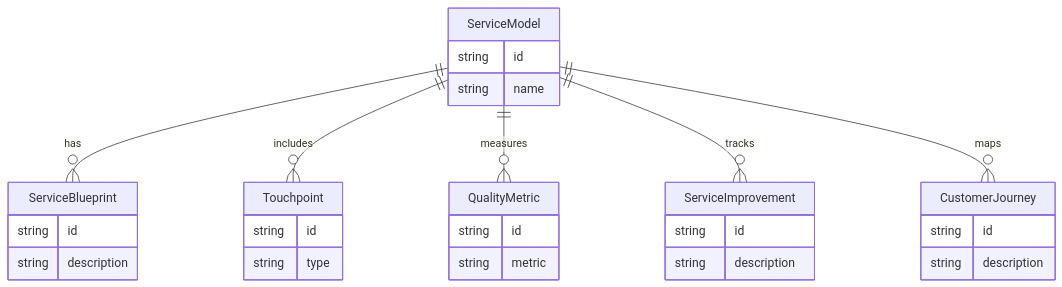
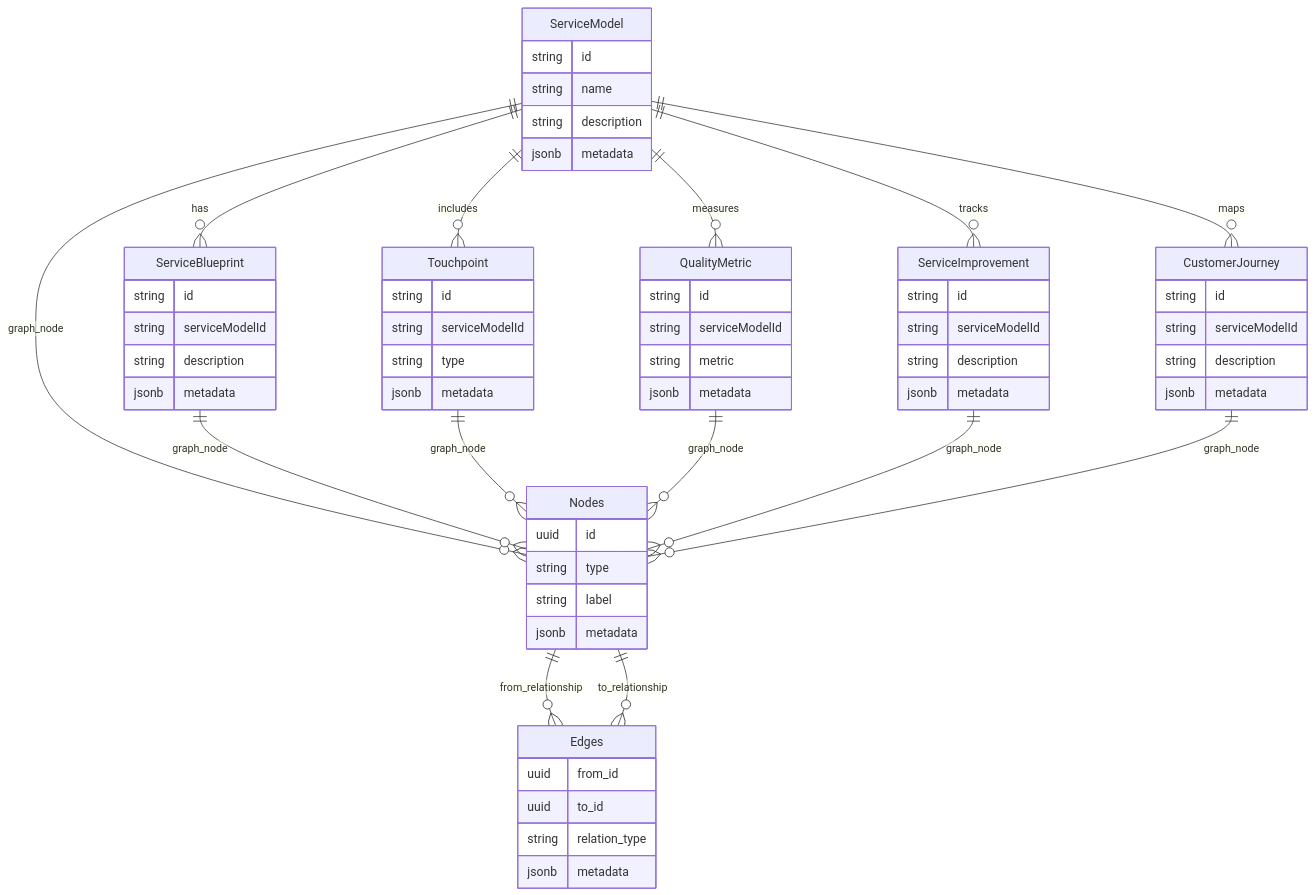
Before and after one commit to Duds/capopt_platform: the fifth of 10 diagrams in docs/design/solution-architecture-design.md, drawn with Mermaid. The commit also changed other lines of this file and 30 other files, not shown here.

First line of the commit message:
feat: implement graph relational architecture and enhance testing infrastructure

````diff
--- a/docs/design/solution-architecture-design.md
+++ b/docs/design/solution-architecture-design.md
@@ -295,32 +627,64 @@
 ```mermaid
 erDiagram
     ServiceModel {
         string id
         string name
+        string description
+        jsonb metadata
     }
     ServiceBlueprint {
         string id
+        string serviceModelId
         string description
+        jsonb metadata
     }
     Touchpoint {
         string id
+        string serviceModelId
         string type
+        jsonb metadata
     }
     QualityMetric {
         string id
+        string serviceModelId
         string metric
+        jsonb metadata
     }
     ServiceImprovement {
         string id
+        string serviceModelId
         string description
+        jsonb metadata
     }
     CustomerJourney {
         string id
+        string serviceModelId
         string description
+        jsonb metadata
+    }
+    Nodes {
+        uuid id
+        string type
+        string label
+        jsonb metadata
+    }
+    Edges {
+        uuid from_id
+        uuid to_id
+        string relation_type
+        jsonb metadata
     }
     ServiceModel ||--o{ ServiceBlueprint : has
     ServiceModel ||--o{ Touchpoint : includes
     ServiceModel ||--o{ QualityMetric : measures
     ServiceModel ||--o{ ServiceImprovement : tracks
     ServiceModel ||--o{ CustomerJourney : maps
+    ServiceModel ||--o{ Nodes : graph_node
+    ServiceBlueprint ||--o{ Nodes : graph_node
+    Touchpoint ||--o{ Nodes : graph_node
+    QualityMetric ||--o{ Nodes : graph_node
+    ServiceImprovement ||--o{ Nodes : graph_node
+    CustomerJourney ||--o{ Nodes : graph_node
+    Nodes ||--o{ Edges : from_relationship
+    Nodes ||--o{ Edges : to_relationship
 ```
````
